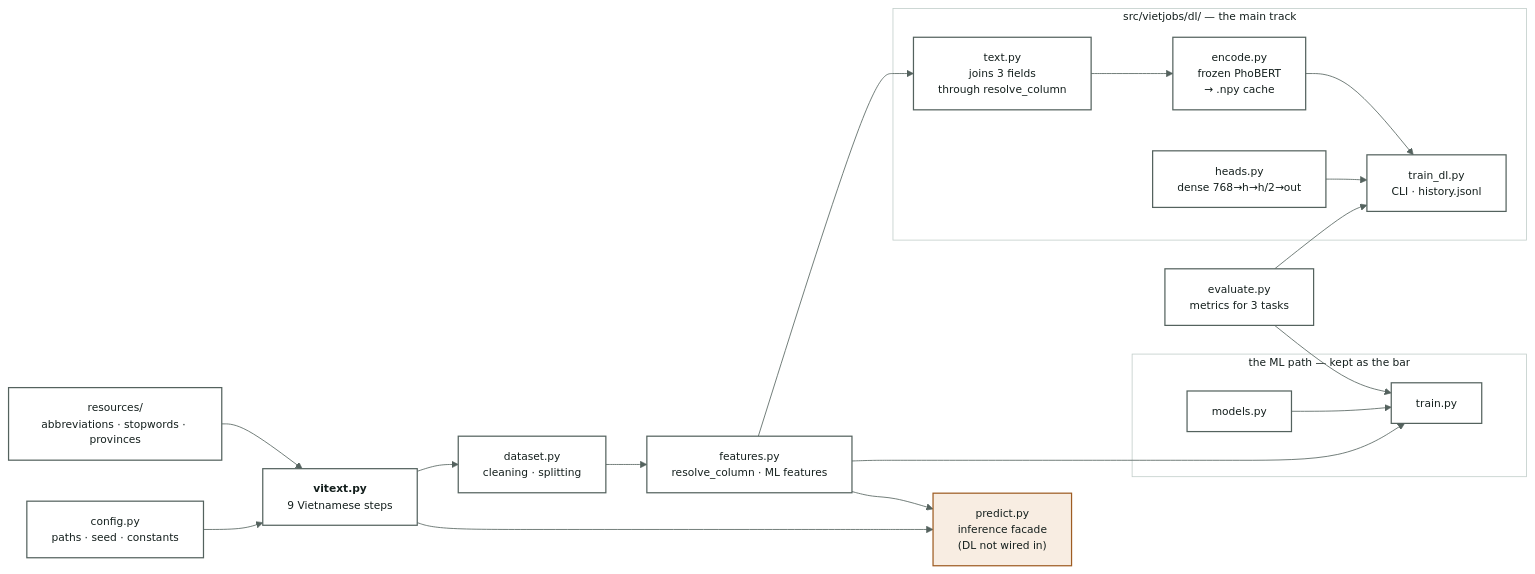
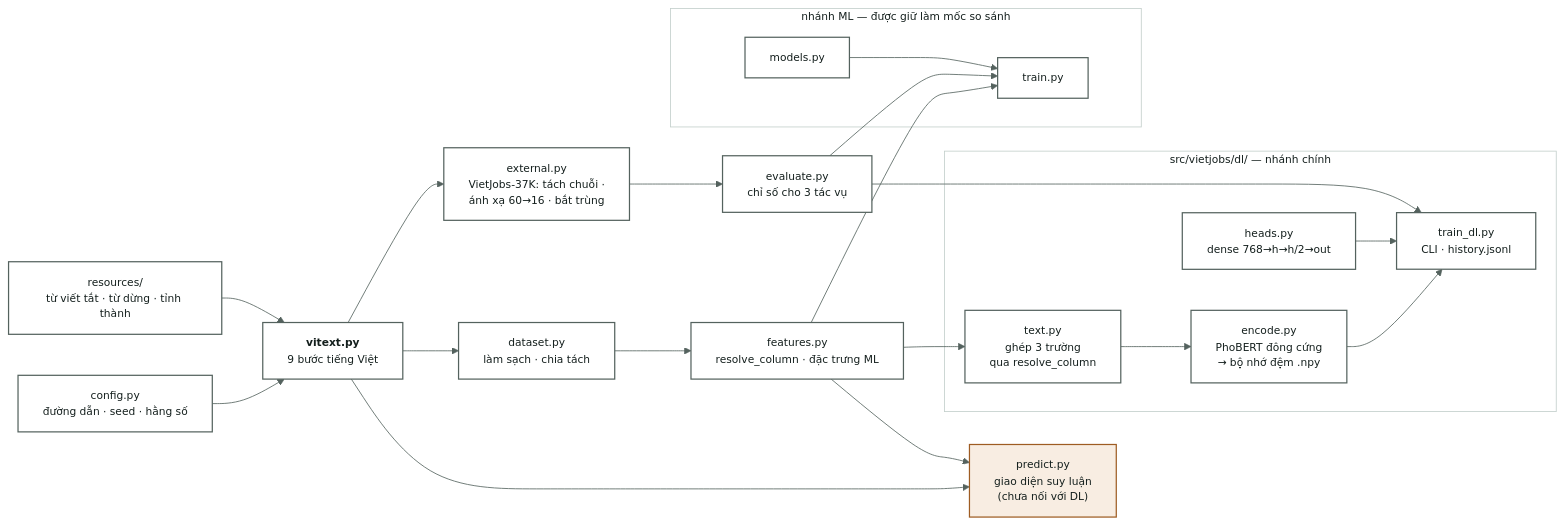
Before and after one commit to boy2407/vietjobs: the diagram in docs/08-ma-nguon.md, drawn with Mermaid. The commit also changed other lines of this file and 9 other files, not shown here.

First line of the commit message:
Reconcile Vietnamese preprocessing docs with the PhoBERT input path

````diff
--- a/docs/08-ma-nguon.md
+++ b/docs/08-ma-nguon.md
@@ -11,42 +10,45 @@
 ```mermaid
 %%{init:{'theme':'base','themeVariables':{
   'primaryColor':'#EFF3F1','primaryTextColor':'#141F1D','primaryBorderColor':'#54625E',
   'lineColor':'#54625E','fontSize':'13px','fontFamily':'Be Vietnam Pro, Segoe UI, sans-serif',
   'clusterBkg':'#FFFFFF','clusterBorder':'#C3CFCB','edgeLabelBackground':'#FFFFFF',
   'secondaryColor':'#FFFFFF','tertiaryColor':'#FFFFFF','mainBkg':'#FFFFFF',
   'nodeTextColor':'#141F1D','titleColor':'#141F1D'}}}%%
 flowchart LR
     classDef default fill:#FFFFFF,stroke:#54625E,stroke-width:1.5px,color:#141F1D
-    CFG["config.py<br/>paths · seed · constants"]
-    VT["<b>vitext.py</b><br/>9 Vietnamese steps"]
-    DS["dataset.py<br/>cleaning · splitting"]
-    FT["features.py<br/>resolve_column · ML features"]
-    EV["evaluate.py<br/>metrics for 3 tasks"]
-    RES["resources/<br/>abbreviations · stopwords · provinces"]
-    subgraph DL["src/vietjobs/dl/ — the main track"]
-      TX["text.py<br/>joins 3 fields<br/>through resolve_column"]
-      EN["encode.py<br/>frozen PhoBERT<br/>→ .npy cache"]
+    CFG["config.py<br/>đường dẫn · seed · hằng số"]
+    VT["<b>vitext.py</b><br/>9 bước tiếng Việt"]
+    DS["dataset.py<br/>làm sạch · chia tách"]
+    FT["features.py<br/>resolve_column · đặc trưng ML"]
+    EV["evaluate.py<br/>chỉ số cho 3 tác vụ"]
+    RES["resources/<br/>từ viết tắt · từ dừng · tỉnh thành"]
+    subgraph DL["src/vietjobs/dl/ — nhánh chính"]
+      TX["text.py<br/>ghép 3 trường<br/>qua resolve_column"]
+      EN["encode.py<br/>PhoBERT đông cứng<br/>→ bộ nhớ đệm .npy"]
       HD["heads.py<br/>dense 768→h→h/2→out"]
       TD["train_dl.py<br/>CLI · history.jsonl"]
     end
-    subgraph ML["the ML path — kept as the bar"]
+    subgraph ML["nhánh ML — được giữ làm mốc so sánh"]
       MD["models.py"]
       TR["train.py"]
     end
-    PR["predict.py<br/>inference facade<br/>(DL not wired in)"]
+    PR["predict.py<br/>giao diện suy luận<br/>(chưa nối với DL)"]
+    EX["external.py<br/>VietJobs-37K: tách chuỗi ·<br/>ánh xạ 60→16 · bắt trùng"]
 
     RES --> VT
+    VT --> EX
+    EX --> EV
     CFG --> VT
     VT --> DS --> FT
     FT --> TX --> EN --> TD
     HD --> TD
     EV --> TD
     FT --> TR
     MD --> TR
     EV --> TR
     VT --> PR
     FT --> PR
 
     classDef todo fill:#F8EDE2,stroke:#9E5C22,stroke-width:1.5px,color:#141F1D
     class PR todo
 ```
````
